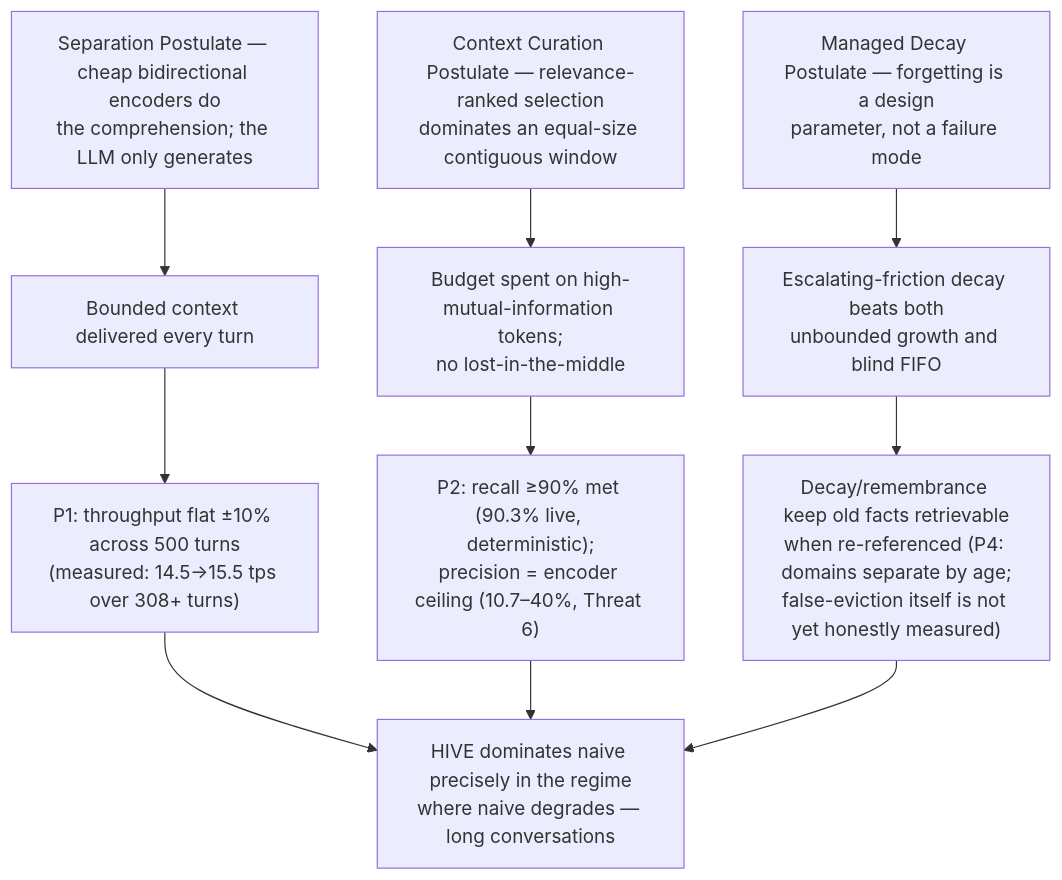
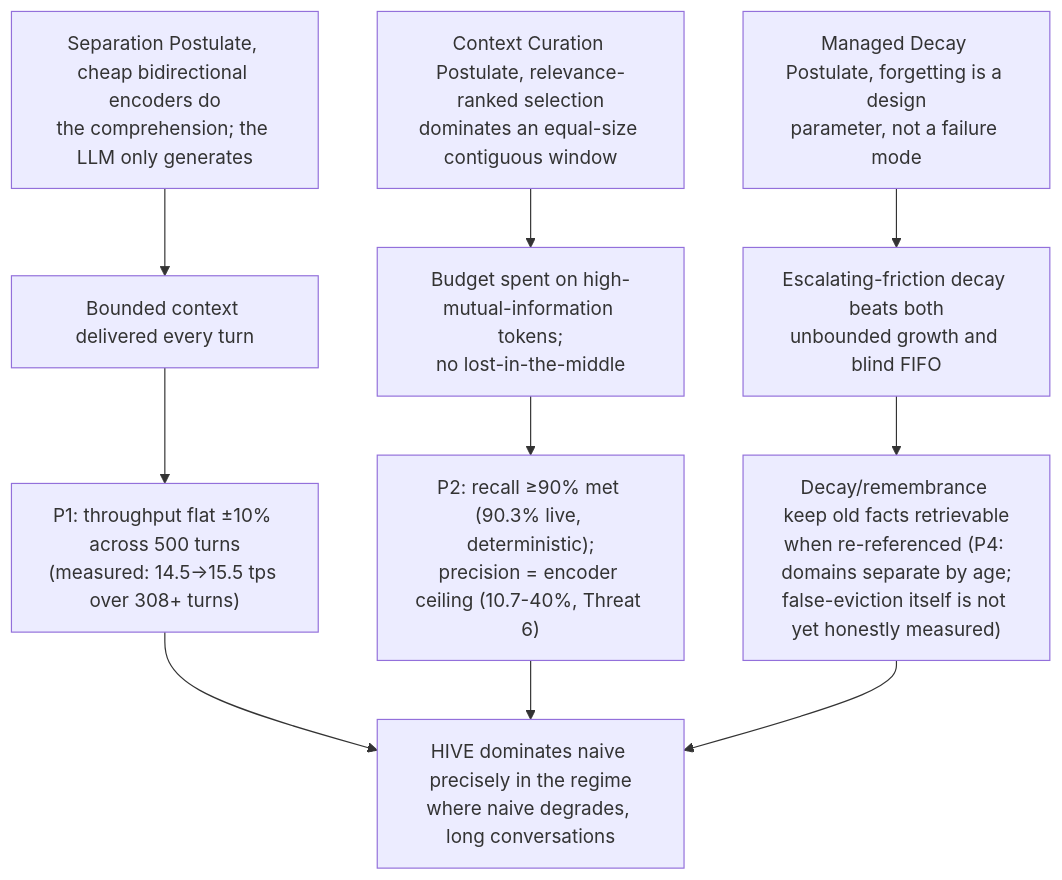
One commit to sky-is-green/hive-memory changed the fourth of 11 diagrams in HIVE-DIAGRAMS.md. Above: the diagram before and after it, drawn with Mermaid. The commit also changed other lines of this file and 3 other files, not shown here.

````diff
--- a/HIVE-DIAGRAMS.md
+++ b/HIVE-DIAGRAMS.md
@@ -106,15 +105,15 @@
 ```mermaid
 flowchart TB
-    S1["Separation Postulate — cheap bidirectional encoders do<br/>the comprehension; the LLM only generates"] --> B1["Bounded context delivered every turn"]
-    C1["Context Curation Postulate — relevance-ranked selection<br/>dominates an equal-size contiguous window"] --> B2["Budget spent on high-mutual-information tokens;<br/>no lost-in-the-middle"]
-    M1["Managed Decay Postulate — forgetting is a design<br/>parameter, not a failure mode"] --> B3["Escalating-friction decay beats both<br/>unbounded growth and blind FIFO"]
+    S1["Separation Postulate, cheap bidirectional encoders do<br/>the comprehension; the LLM only generates"] --> B1["Bounded context delivered every turn"]
+    C1["Context Curation Postulate, relevance-ranked selection<br/>dominates an equal-size contiguous window"] --> B2["Budget spent on high-mutual-information tokens;<br/>no lost-in-the-middle"]
+    M1["Managed Decay Postulate, forgetting is a design<br/>parameter, not a failure mode"] --> B3["Escalating-friction decay beats both<br/>unbounded growth and blind FIFO"]
 
     B1 --> O1["P1: throughput flat ±10% across 500 turns<br/>(measured: 14.5→15.5 tps over 308+ turns)"]
-    B2 --> O2["P2: recall ≥90% met (90.3% live, deterministic);<br/>precision = encoder ceiling (10.7–40%, Threat 6)"]
+    B2 --> O2["P2: recall ≥90% met (90.3% live, deterministic);<br/>precision = encoder ceiling (10.7-40%, Threat 6)"]
     B3 --> O3["Decay/remembrance keep old facts retrievable<br/>when re-referenced (P4: domains separate by age;<br/>false-eviction itself is not yet honestly measured)"]
 
     O1 --> WIN
     O2 --> WIN
     O3 --> WIN
-    WIN["HIVE dominates naive precisely in the regime<br/>where naive degrades — long conversations"]
+    WIN["HIVE dominates naive precisely in the regime<br/>where naive degrades, long conversations"]
 ```
````
